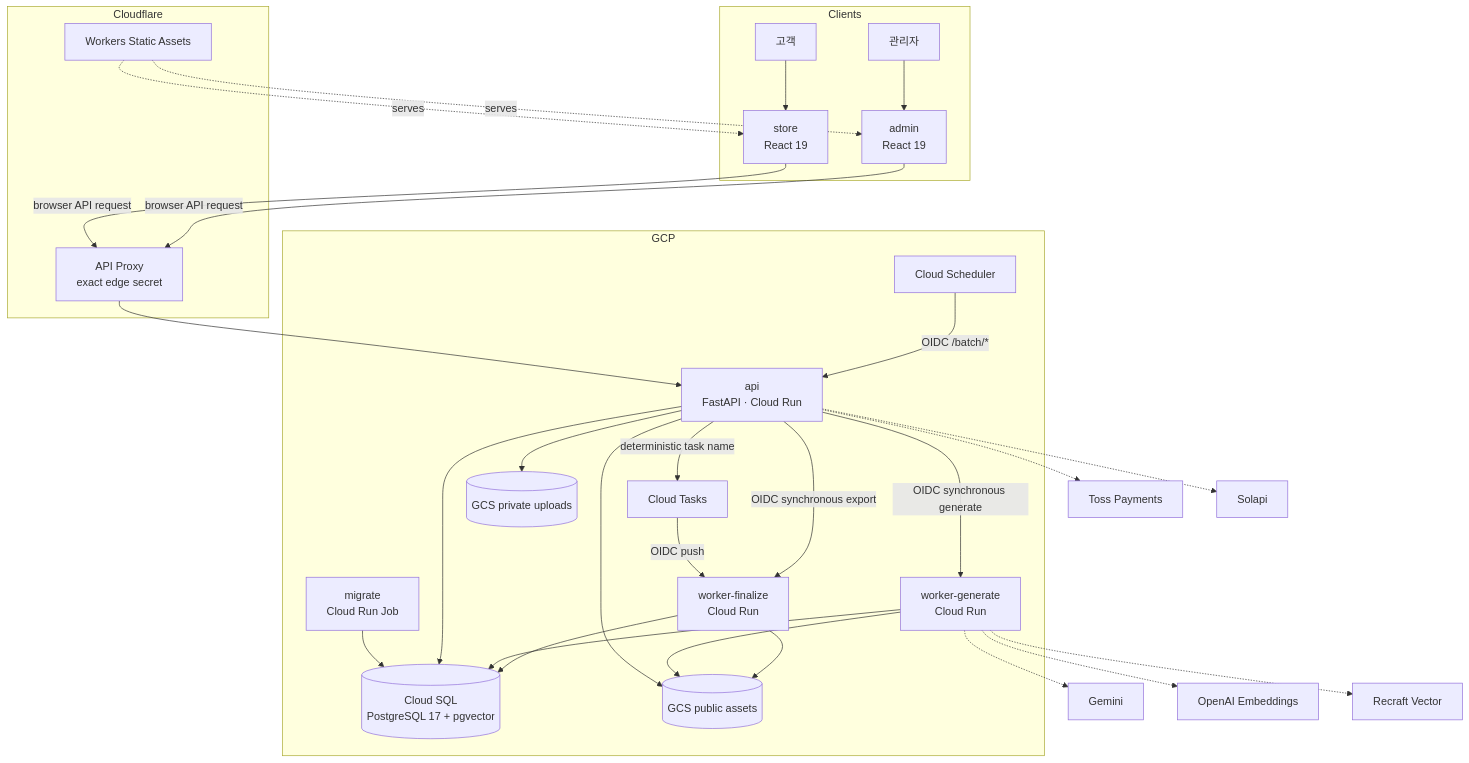
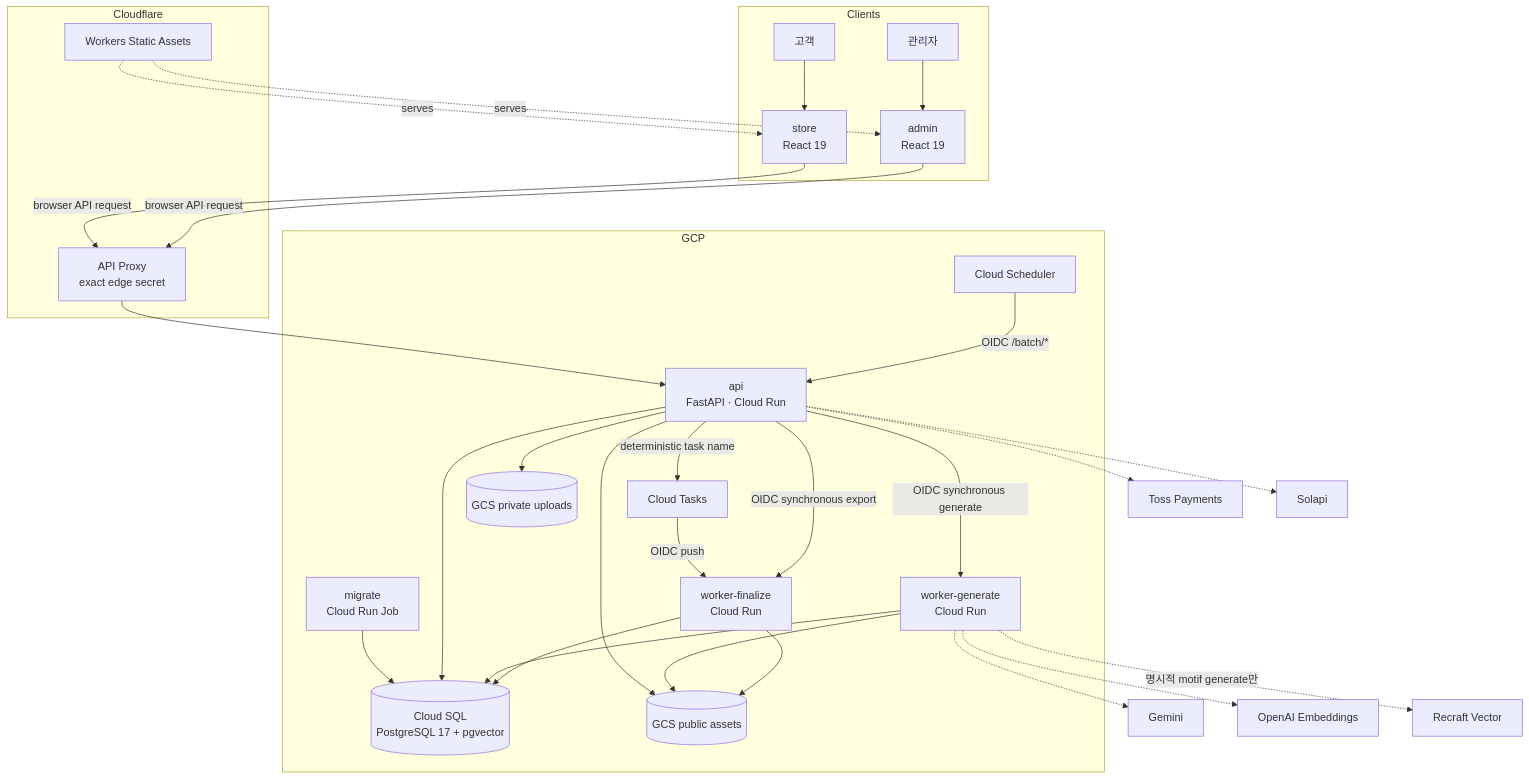
Before and after one commit to Bongseop-Kim/essesion: the first of 8 diagrams in ARCHITECTURE.md, drawn with Mermaid. The commit also changed other lines of this file and 61 other files, not shown here.

````diff
--- a/ARCHITECTURE.md
+++ b/ARCHITECTURE.md
@@ -87,53 +87,53 @@
 ```mermaid
 flowchart TB
     subgraph Clients
         Customer[고객]
         Operator[관리자]
         Store[store<br/>React 19]
         Admin[admin<br/>React 19]
         Customer --> Store
         Operator --> Admin
     end
 
     subgraph Cloudflare
         Static[Workers Static Assets]
         Proxy[API Proxy<br/>exact edge secret]
         Static -. serves .-> Store
         Static -. serves .-> Admin
         Store -->|browser API request| Proxy
         Admin -->|browser API request| Proxy
     end
 
     subgraph GCP
         API[api<br/>FastAPI · Cloud Run]
         Generate[worker-generate<br/>Cloud Run]
         Finalize[worker-finalize<br/>Cloud Run]
         Tasks[Cloud Tasks]
         Scheduler[Cloud Scheduler]
         Migrate[migrate<br/>Cloud Run Job]
         SQL[(Cloud SQL<br/>PostgreSQL 17 + pgvector)]
         Assets[(GCS public assets)]
         Uploads[(GCS private uploads)]
 
         Proxy --> API
         API -->|OIDC synchronous generate| Generate
         API -->|deterministic task name| Tasks
         Tasks -->|OIDC push| Finalize
         API -->|OIDC synchronous export| Finalize
         Scheduler -->|OIDC /batch/*| API
         Migrate --> SQL
         API --> SQL
         Generate --> SQL
         Finalize --> SQL
         API --> Assets
         API --> Uploads
         Generate --> Assets
         Finalize --> Assets
     end
 
     Generate -.-> Gemini[Gemini]
     Generate -.-> Embedding[OpenAI Embeddings]
-    Generate -.-> Recraft[Recraft Vector]
+    Generate -.->|명시적 motif generate만| Recraft[Recraft Vector]
     API -.-> Toss[Toss Payments]
     API -.-> Solapi[Solapi]
 ```
````
